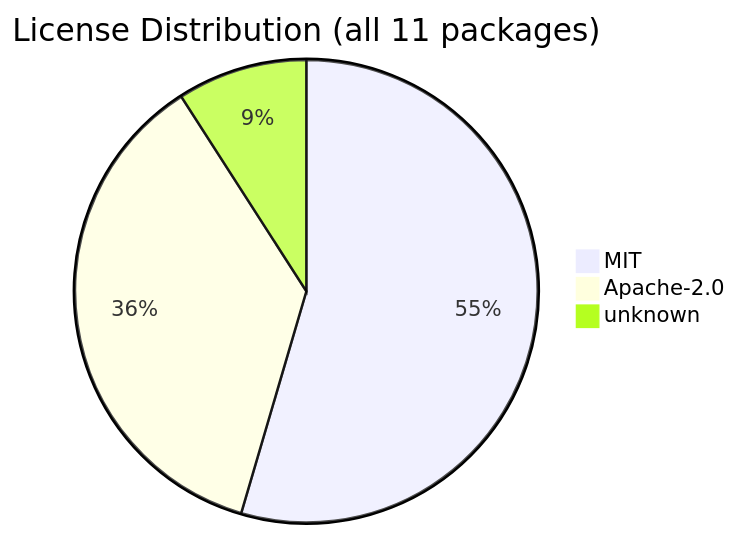
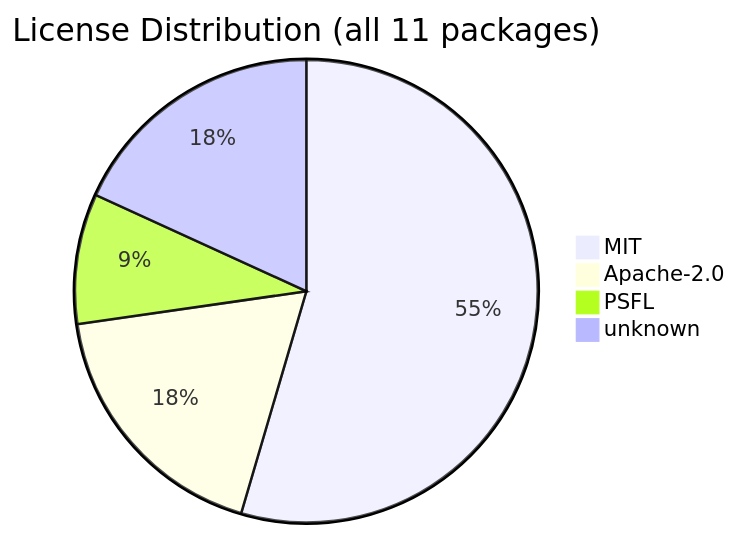
The diagram in .shipwright/compliance/sbom.md (svenroth-ai/shipwright), drawn with Mermaid before and after one commit. The commit also changed other lines of this file and 23 other files, not shown here.

````diff
--- a/.shipwright/compliance/sbom.md
+++ b/.shipwright/compliance/sbom.md
@@ -18,6 +18,7 @@
 ```mermaid
 pie title License Distribution (all 11 packages)
     "MIT" : 6
-    "Apache-2.0" : 4
-    "unknown" : 1
+    "Apache-2.0" : 2
+    "PSFL" : 1
+    "unknown" : 2
 ```
````
